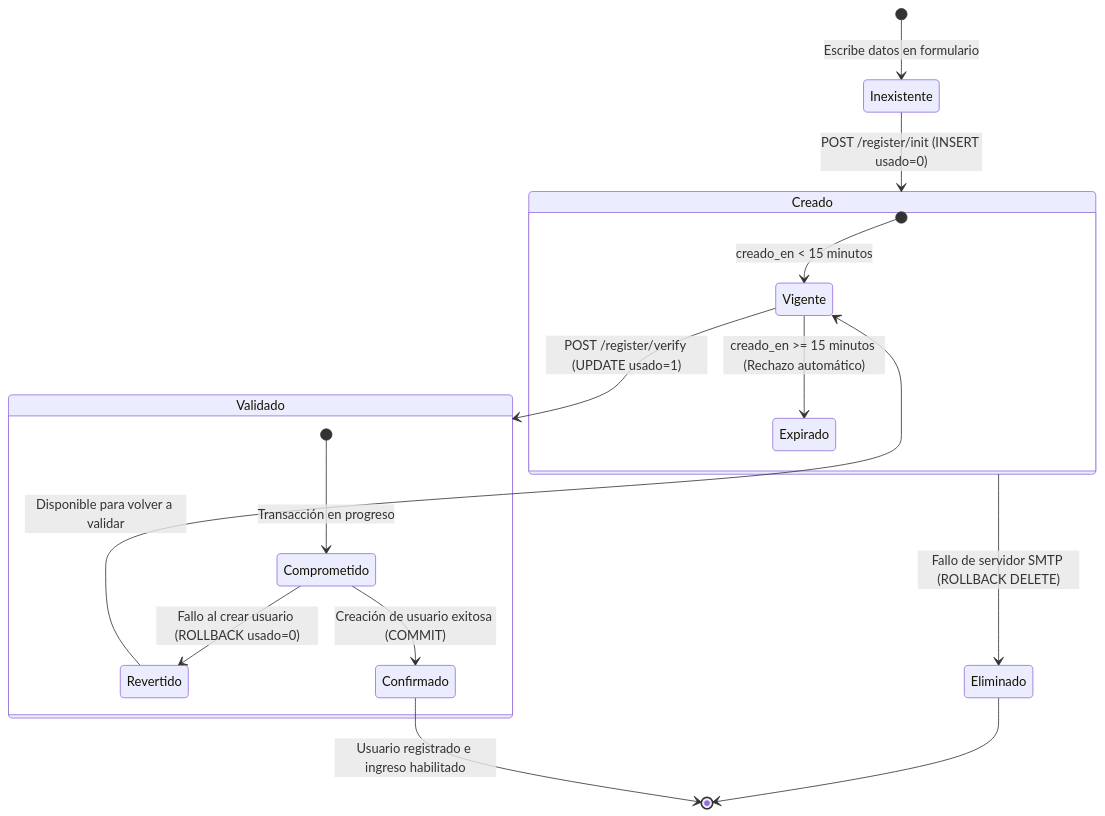
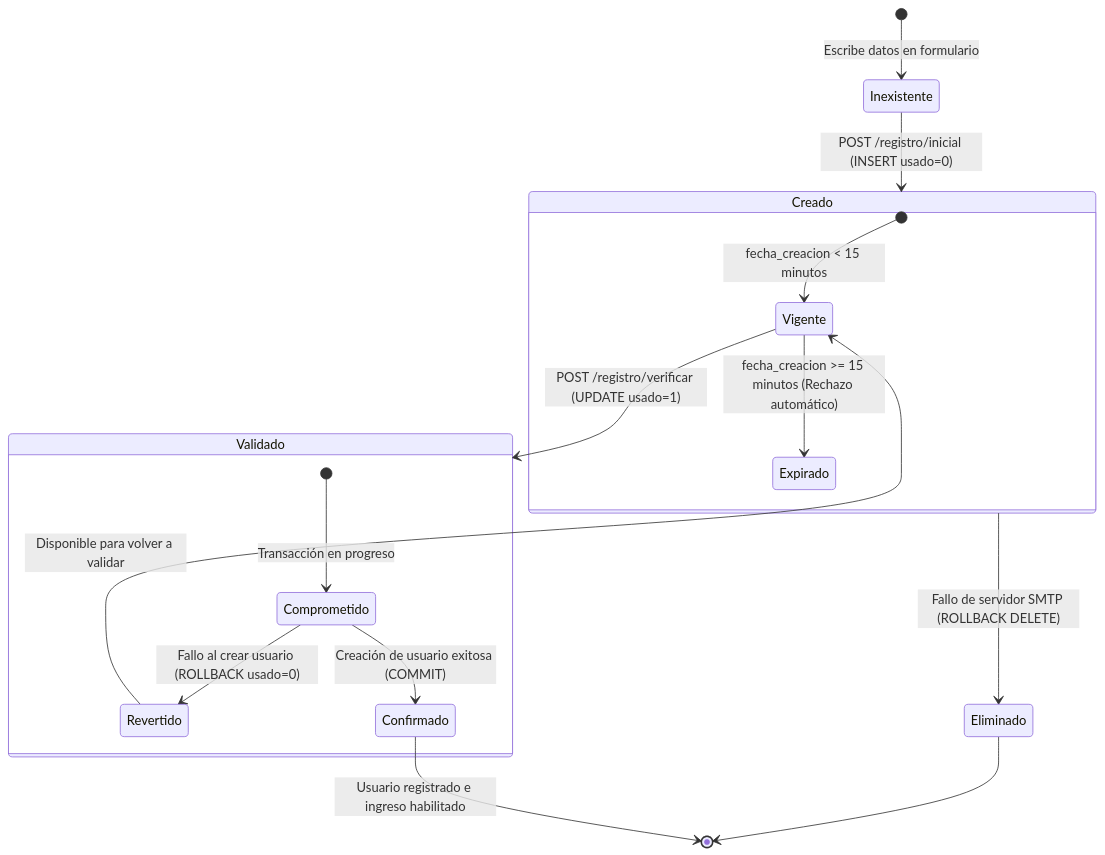
Before and after one commit to arturomiranda/ds-qs: the diagram in web/servicios/otp_servicio.md, drawn with Mermaid. The commit also changed other lines of this file and 6 other files, not shown here.

````diff
--- a/web/servicios/otp_servicio.md
+++ b/web/servicios/otp_servicio.md
@@ -193,24 +193,24 @@
 ```mermaid
 stateDiagram-v2
     [*] --> Inexistente : Escribe datos en formulario
-    Inexistente --> Creado : POST /register/init (INSERT usado=0)
+    Inexistente --> Creado : POST /registro/inicial (INSERT usado=0)
     
     state Creado {
-        [*] --> Vigente : creado_en < 15 minutos
-        Vigente --> Expirado : creado_en >= 15 minutos (Rechazo automático)
+        [*] --> Vigente : fecha_creacion < 15 minutos
+        Vigente --> Expirado : fecha_creacion >= 15 minutos (Rechazo automático)
     }
     
     Creado --> Eliminado : Fallo de servidor SMTP (ROLLBACK DELETE)
     Eliminado --> [*]
     
-    Vigente --> Validado : POST /register/verify (UPDATE usado=1)
+    Vigente --> Validado : POST /registro/verificar (UPDATE usado=1)
     
     state Validado {
         [*] --> Comprometido : Transacción en progreso
         Comprometido --> Revertido : Fallo al crear usuario (ROLLBACK usado=0)
         Comprometido --> Confirmado : Creación de usuario exitosa (COMMIT)
     }
     
     Revertido --> Vigente : Disponible para volver a validar
     Confirmado --> [*] : Usuario registrado e ingreso habilitado
 ```
````
